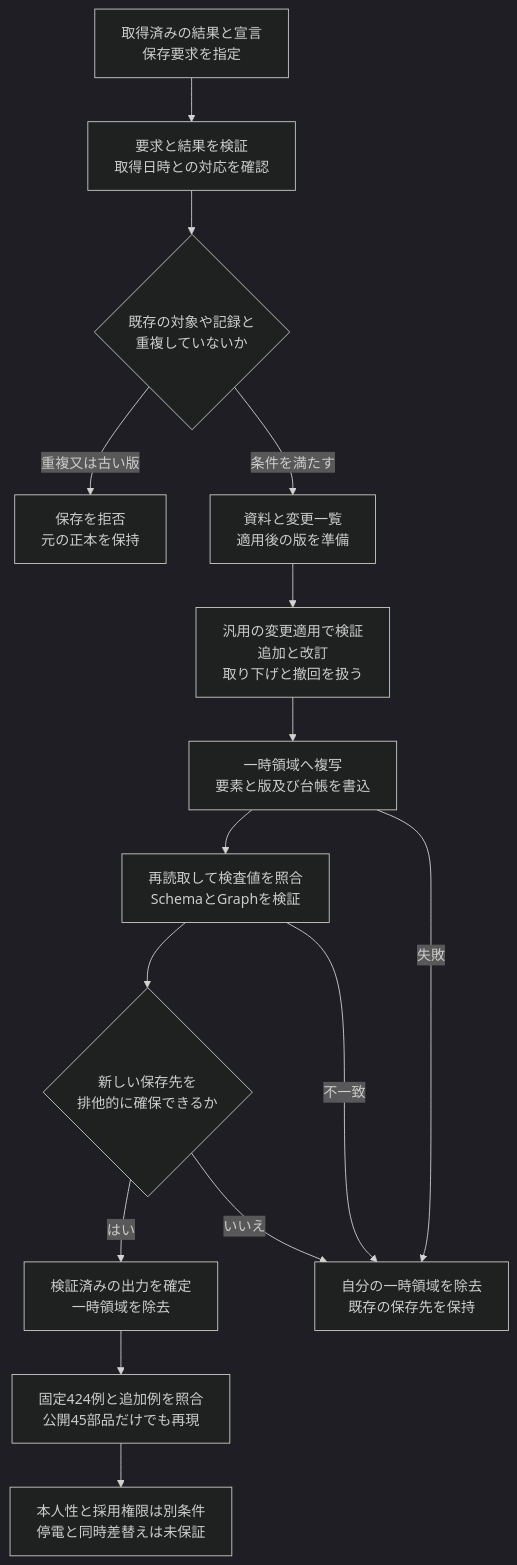
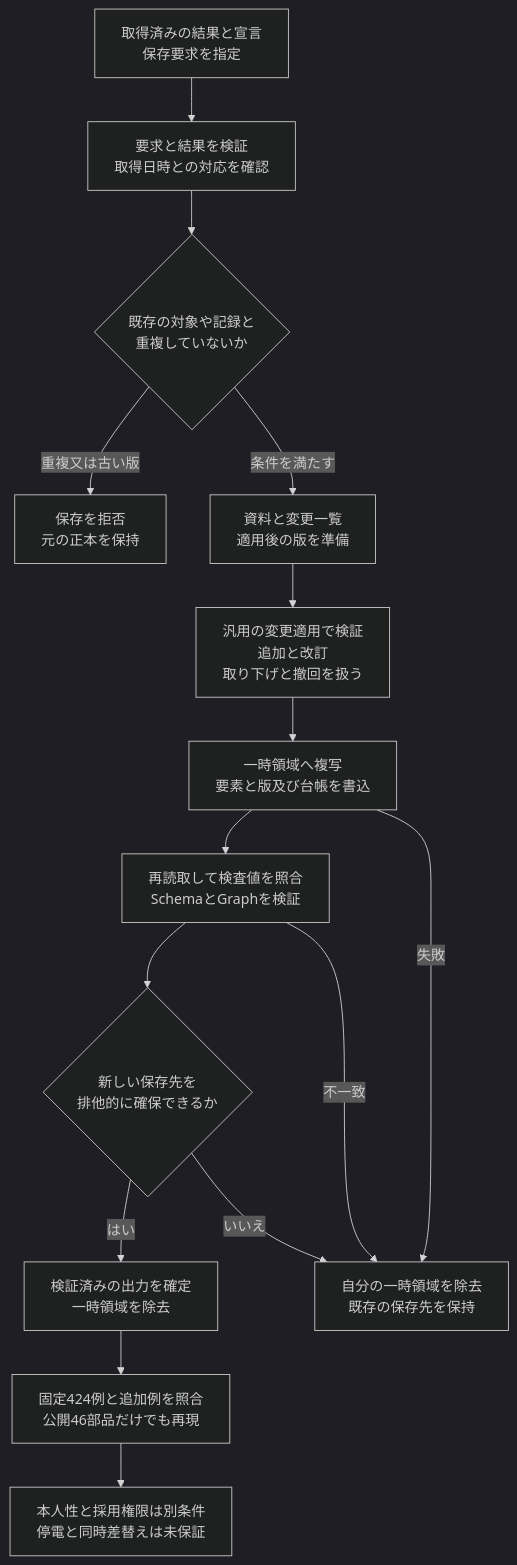
One commit to koukemo/morivyx changed the diagram in docs/diagrams/python-import-snapshot-creation.mmd. Above: the diagram before and after it, drawn with Mermaid (dark theme). The commit also changed 44 other files, not shown here.

```diff
--- a/docs/diagrams/python-import-snapshot-creation.mmd
+++ b/docs/diagrams/python-import-snapshot-creation.mmd
@@ -1,15 +1,15 @@
 flowchart TD
   A[取得済みの結果と宣言<br/>保存要求を指定] --> B[要求と結果を検証<br/>取得日時との対応を確認]
   B --> C{既存の対象や記録と<br/>重複していないか}
   C -->|重複又は古い版| D[保存を拒否<br/>元の正本を保持]
   C -->|条件を満たす| E[資料と変更一覧<br/>適用後の版を準備]
   E --> F[汎用の変更適用で検証<br/>追加と改訂<br/>取り下げと撤回を扱う]
   F --> G[一時領域へ複写<br/>要素と版及び台帳を書込]
   G --> H[再読取して検査値を照合<br/>SchemaとGraphを検証]
   H --> I{新しい保存先を<br/>排他的に確保できるか}
   I -->|はい| J[検証済みの出力を確定<br/>一時領域を除去]
   I -->|いいえ| K[自分の一時領域を除去<br/>既存の保存先を保持]
   G -->|失敗| K
   H -->|不一致| K
-  J --> L[固定424例と追加例を照合<br/>公開45部品だけでも再現]
+  J --> L[固定424例と追加例を照合<br/>公開46部品だけでも再現]
   L --> M[本人性と採用権限は別条件<br/>停電と同時差替えは未保証]
```
